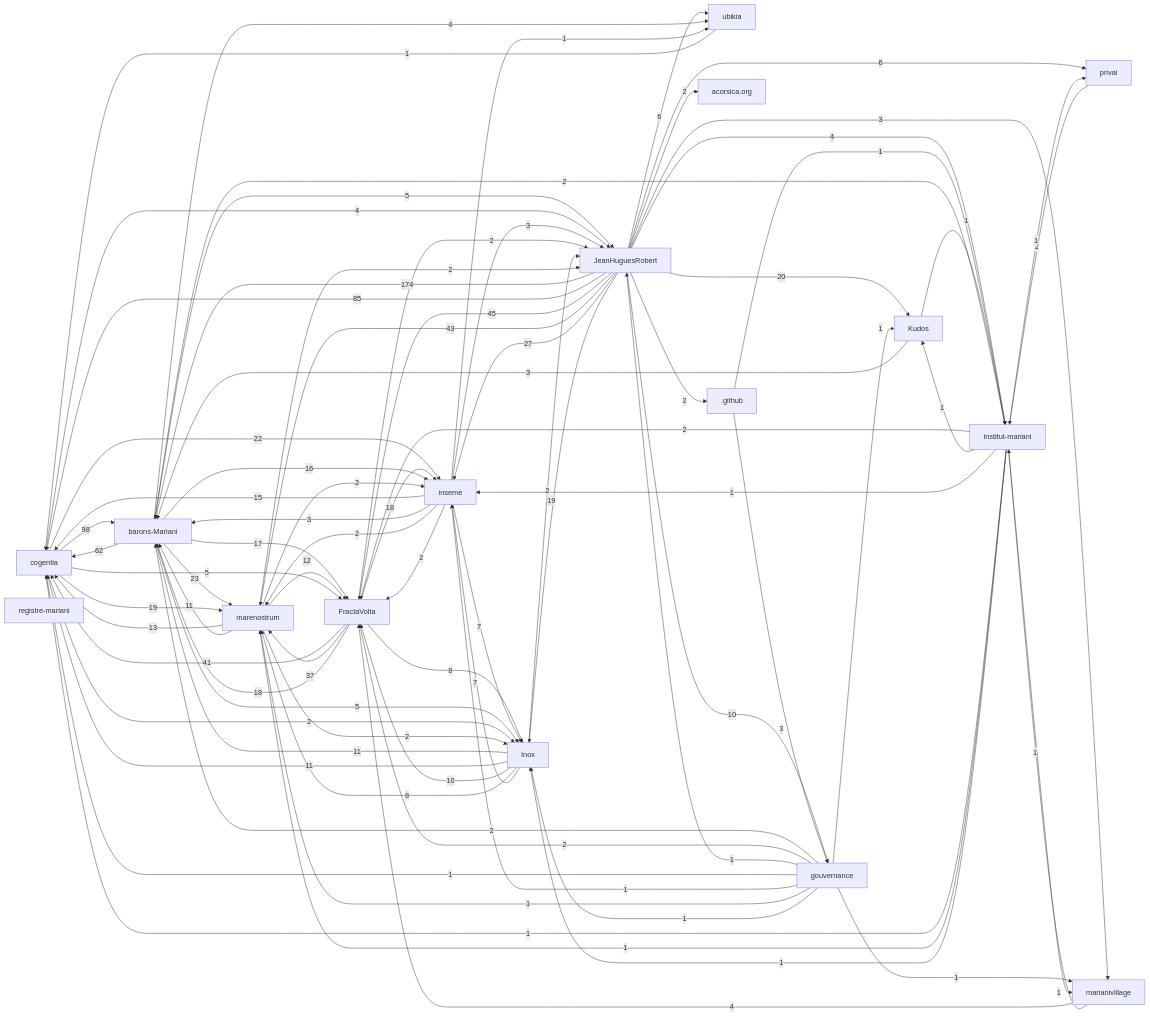
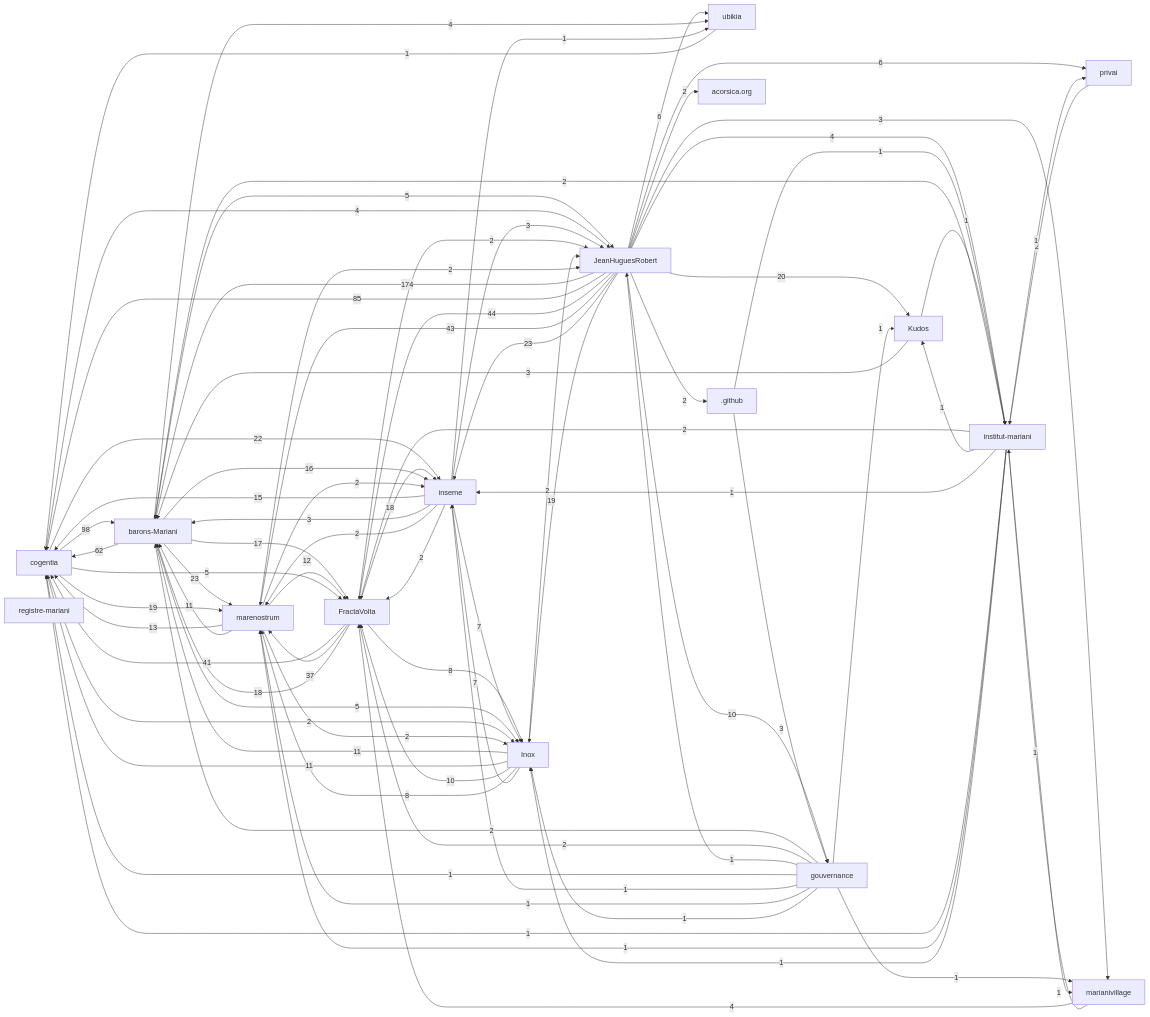
Before and after one commit to JeanHuguesRobert/FractaVolta: the first of 2 diagrams in research/corpus-status.md, drawn with Mermaid.

Commit message:
Refresh corpus status

```diff
--- a/research/corpus-status.md
+++ b/research/corpus-status.md
@@ -71,12 +71,12 @@
   r_cogentia -->|98| r_barons_mariani
   r_jeanhuguesrobert -->|85| r_cogentia
   r_barons_mariani -->|62| r_cogentia
-  r_jeanhuguesrobert -->|45| r_fractavolta
+  r_jeanhuguesrobert -->|44| r_fractavolta
   r_jeanhuguesrobert -->|43| r_marenostrum
   r_fractavolta -->|41| r_cogentia
   r_fractavolta -->|37| r_marenostrum
-  r_jeanhuguesrobert -->|27| r_inseme
   r_barons_mariani -->|23| r_marenostrum
+  r_jeanhuguesrobert -->|23| r_inseme
   r_cogentia -->|22| r_inseme
   r_jeanhuguesrobert -->|20| r_kudos
   r_cogentia -->|19| r_marenostrum
```
